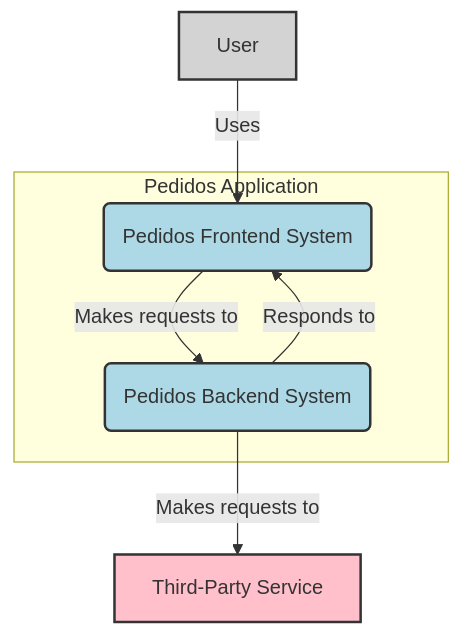
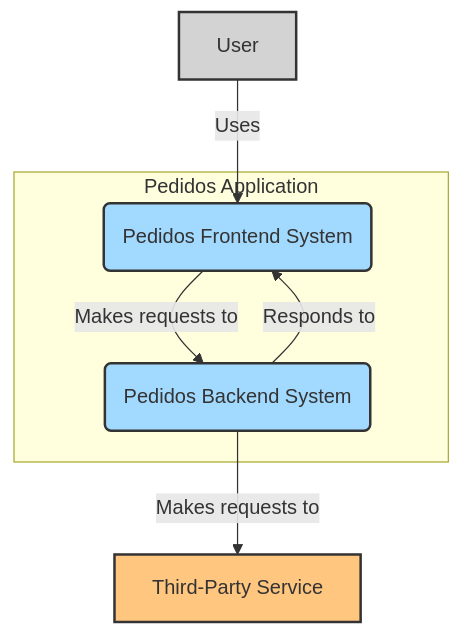
Before and after one commit to monicasierrar/trimon-pedidos-fe: the first of 2 diagrams in ARCHITECTURE.md, drawn with Mermaid. The commit also changed other lines of this file, not shown here.

Commit message:
* update color schemes

````diff
--- a/ARCHITECTURE.md
+++ b/ARCHITECTURE.md
@@ -3,26 +3,26 @@
 ```mermaid
 graph TD
     %% Define nodes
     User[User]
     ReactWebApp(Pedidos Frontend System)
     BackendServer(Pedidos Backend System)
     ThirdPartyService[Third-Party Service]
 
     %% Define relationships
     User -- "Uses" --> ReactWebApp
     ReactWebApp -- "Makes requests to" --> BackendServer
     BackendServer -- "Makes requests to" --> ThirdPartyService
     BackendServer -- "Responds to" --> ReactWebApp
 
     %% Add descriptions (optional, for clarity in Mermaid)
     subgraph Pedidos Application
         ReactWebApp
         BackendServer
     end
 
     style User fill:#D3D3D3,stroke:#333,stroke-width:2px
-    style ReactWebApp fill:#ADD8E6,stroke:#333,stroke-width:2px
-    style BackendServer fill:#ADD8E6,stroke:#333,stroke-width:2px
-    style ThirdPartyService fill:#FFC0CB,stroke:#333,stroke-width:2px
+    style ReactWebApp fill:#A2D9FF,stroke:#333,stroke-width:2px
+    style BackendServer fill:#A2D9FF,stroke:#333,stroke-width:2px
+    style ThirdPartyService fill:#FFC680,stroke:#333,stroke-width:2px
 
 ```
````
